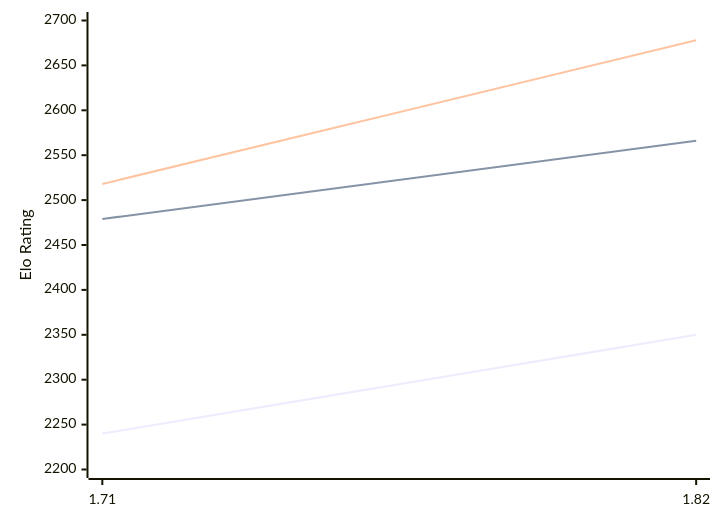
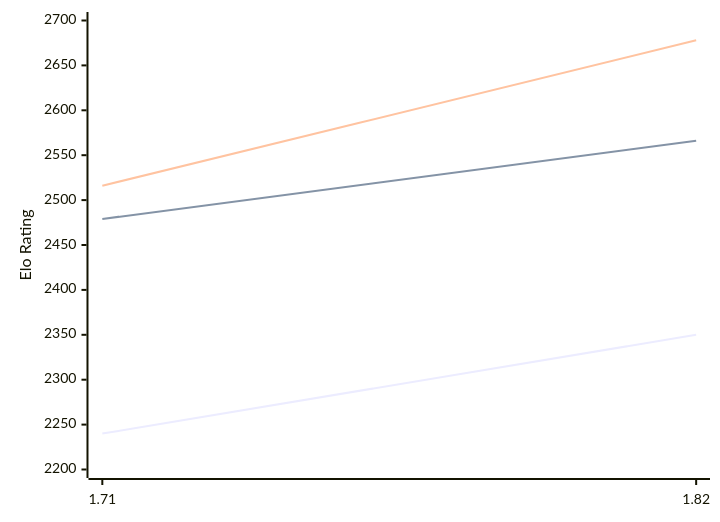
The diagram in engines/Amira.md (computer-chess-index/cci), drawn with Mermaid before and after one commit. The commit also changed other lines of this file, not shown here.

Commit message:
Update CCI Ratings (ELO VLTC) - 2026-02-12

````diff
--- a/engines/Amira.md
+++ b/engines/Amira.md
@@ -32,9 +32,9 @@
 ```mermaid
 %%{init: {"theme":"base","themeVariables":{"seriesColors:['#a3a3a3','#222221','#faa371']}}}%%
 xychart-beta
   x-axis ["1.71", "1.82"]
   y-axis "Elo Rating" 2200 --> 2700
   line "STC (8.0+0.08s)" [2240, 2350]
   line "LTC (60.0+0.60s)" [2479, 2566]
-  line "VLTC (2m24s+1.12s)" [2518, 2678]
+  line "VLTC (2m24s+1.12s)" [2516, 2678]
 ```
````
